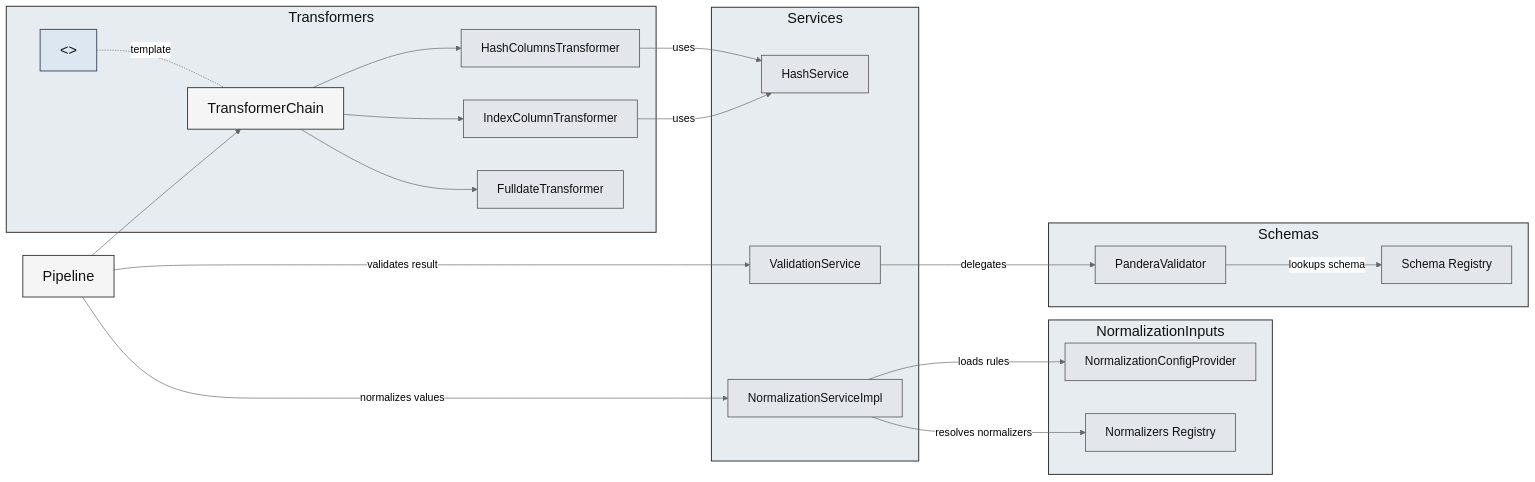
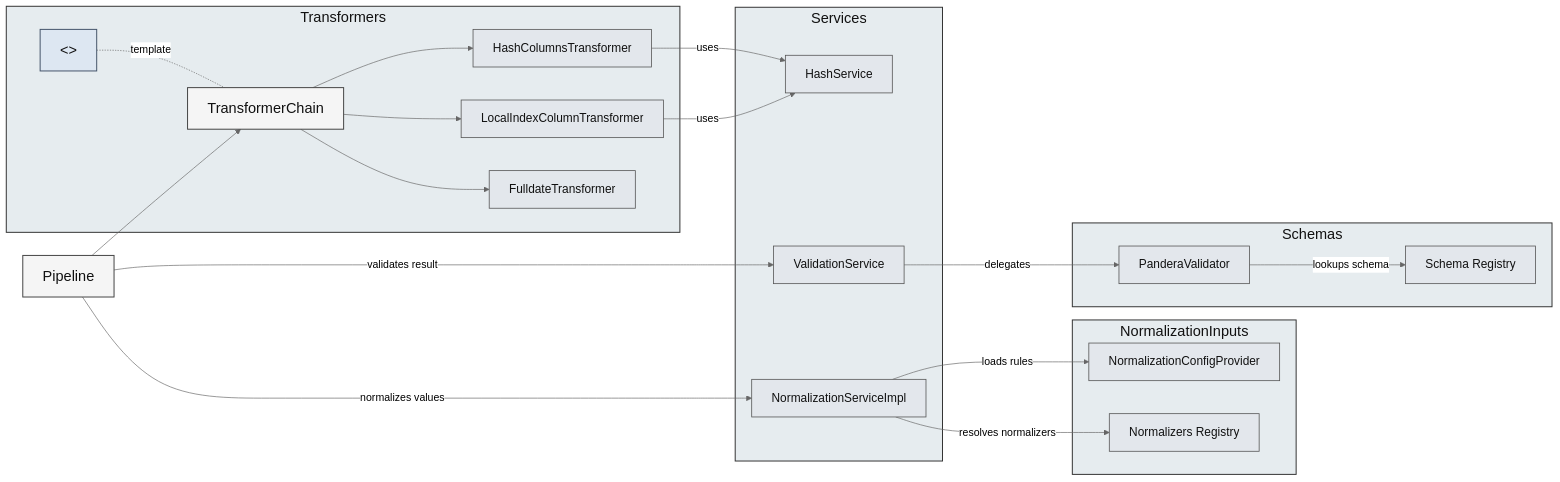
One commit to SatoryKono/BioactivityDataAcquisition changed the diagram in docs/architecture/diagrams/flow/domain-services-transform.mmd. Above: the diagram before and after it, drawn with Mermaid (neutral theme). The commit also changed 11 other files, not shown here.

```diff
--- a/docs/architecture/diagrams/flow/domain-services-transform.mmd
+++ b/docs/architecture/diagrams/flow/domain-services-transform.mmd
@@ -1,54 +1,54 @@
 ---
 id: 8f0f89c8-5cff-4b57-a4b9-b5443c28908a
 ---
 flowchart LR
 
 classDef domainPrimary   fill:#f5f5f5,stroke:#444,stroke-width:1.5px,color:#111,font-size:22px;
 classDef domainSecondary fill:#e3e7ec,stroke:#555,stroke-width:1.2px,color:#111,font-size:18px;
 classDef interface       fill:#dde7f2,stroke:#44546a,stroke-width:1.5px,color:#111,font-size:22px;
 classDef group           fill:#e6ecef,stroke:#333,stroke-width:1.5px,color:#111,font-size:22px;
 
 subgraph Transformers
     T_Chain[TransformerChain]:::domainPrimary
     T_Hash[HashColumnsTransformer]:::domainSecondary
-    T_Index[IndexColumnTransformer]:::domainSecondary
+    T_Index[LocalIndexColumnTransformer]:::domainSecondary
     T_Date[FulldateTransformer]:::domainSecondary
     T_ABC[<<TransformerABC>>]:::interface
 end
 class Transformers group;
 
 subgraph Services
     HS[HashService]:::domainSecondary
     VS[ValidationService]:::domainSecondary
     NS[NormalizationServiceImpl]:::domainSecondary
 end
 class Services group;
 
 subgraph Schemas
     PS[PanderaValidator]:::domainSecondary
     Registry[Schema Registry]:::domainSecondary
 end
 class Schemas group;
 
 subgraph NormalizationInputs
     NCfg[NormalizationConfigProvider]:::domainSecondary
     Normalizers[Normalizers Registry]:::domainSecondary
 end
 class NormalizationInputs group;
 
 Pipeline[Pipeline]:::domainPrimary --> T_Chain
 T_Chain --> T_Hash
 T_Chain --> T_Index
 T_Chain --> T_Date
 T_ABC -. template .- T_Chain
 
 T_Hash -- uses --> HS
 T_Index -- uses --> HS
 
 Pipeline -- validates result --> VS
 Pipeline -- normalizes values --> NS
 
 VS -- delegates --> PS
 PS -- lookups schema --> Registry
 NS -- loads rules --> NCfg
 NS -- resolves normalizers --> Normalizers
```
